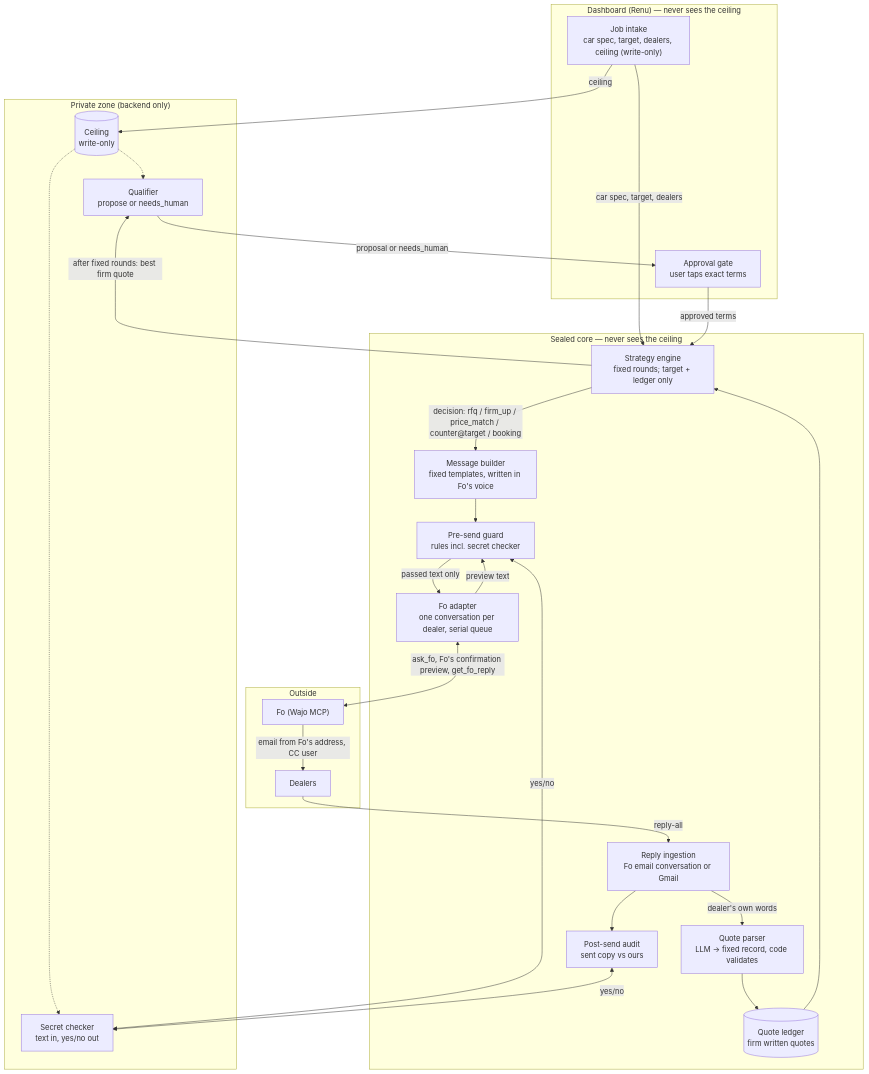
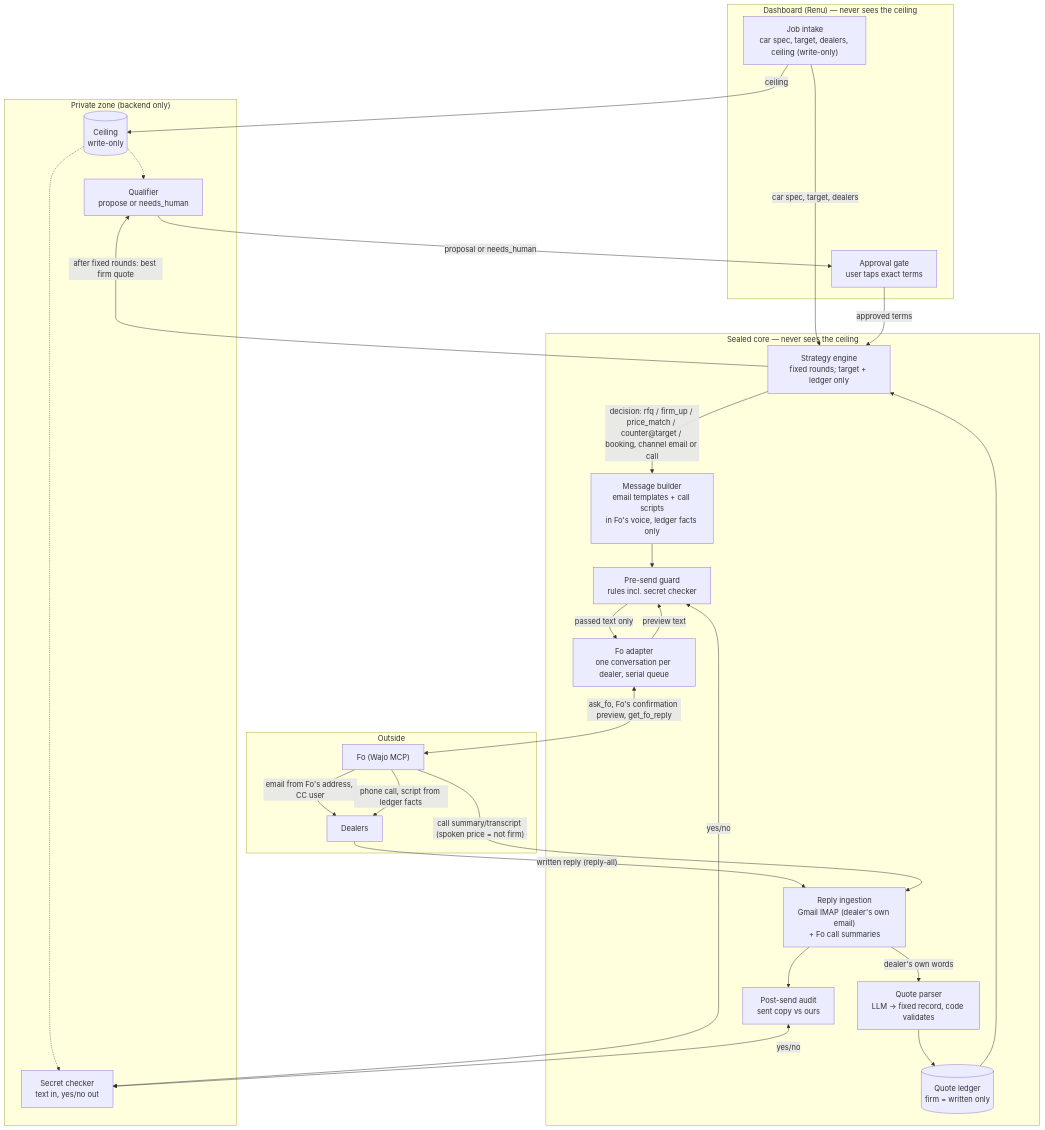
One commit to HetPatel1978/Sealed_GSD changed the first of 2 diagrams in docs/architecture.md. Above: the diagram before and after it, drawn with Mermaid. The commit also changed other lines of this file and 11 other files, not shown here.

````diff
--- a/docs/architecture.md
+++ b/docs/architecture.md
@@ -21,50 +23,52 @@
 ```mermaid
 flowchart TB
     subgraph UI["Dashboard (Renu) — never sees the ceiling"]
         INTAKE["Job intake<br/>car spec, target, dealers, ceiling (write-only)"]
         APPROVE["Approval gate<br/>user taps exact terms"]
     end
 
     subgraph PRIVATE["Private zone (backend only)"]
         VAULT[("Ceiling<br/>write-only")]
         QUAL["Qualifier<br/>propose or needs_human"]
         SECRET["Secret checker<br/>text in, yes/no out"]
     end
 
     subgraph CORE["Sealed core — never sees the ceiling"]
         STRAT["Strategy engine<br/>fixed rounds; target + ledger only"]
-        BUILD["Message builder<br/>fixed templates, written in Fo's voice"]
+        BUILD["Message builder<br/>email templates + call scripts<br/>in Fo's voice, ledger facts only"]
         GUARD["Pre-send guard<br/>rules incl. secret checker"]
         FOAD["Fo adapter<br/>one conversation per dealer, serial queue"]
-        INGEST["Reply ingestion<br/>Fo email conversation or Gmail"]
+        INGEST["Reply ingestion<br/>Gmail IMAP (dealer's own email)<br/>+ Fo call summaries"]
         PARSE["Quote parser<br/>LLM → fixed record, code validates"]
-        LEDGER[("Quote ledger<br/>firm written quotes")]
+        LEDGER[("Quote ledger<br/>firm = written only")]
         AUDIT["Post-send audit<br/>sent copy vs ours"]
     end
 
     subgraph EXT["Outside"]
         FO["Fo (Wajo MCP)"]
         DEALERS["Dealers"]
     end
 
     INTAKE -->|ceiling| VAULT
     INTAKE -->|"car spec, target, dealers"| STRAT
-    STRAT -->|"decision: rfq / firm_up / price_match / counter@target / booking"| BUILD
+    STRAT -->|"decision: rfq / firm_up / price_match / counter@target / booking, channel email or call"| BUILD
     BUILD --> GUARD
     GUARD <-->|"yes/no"| SECRET
     VAULT -.-> SECRET
     GUARD -->|passed text only| FOAD
     FOAD <-->|"ask_fo, Fo's confirmation preview, get_fo_reply"| FO
     FOAD -->|"preview text"| GUARD
     FO -->|"email from Fo's address, CC user"| DEALERS
-    DEALERS -->|"reply-all"| INGEST
+    FO -->|"phone call, script from ledger facts"| DEALERS
+    DEALERS -->|"written reply (reply-all)"| INGEST
+    FO -->|"call summary/transcript (spoken price = not firm)"| INGEST
     INGEST --> AUDIT
     AUDIT <-->|"yes/no"| SECRET
     INGEST -->|"dealer's own words"| PARSE
     PARSE --> LEDGER
     LEDGER --> STRAT
     STRAT -->|"after fixed rounds: best firm quote"| QUAL
     VAULT -.-> QUAL
     QUAL -->|"proposal or needs_human"| APPROVE
     APPROVE -->|"approved terms"| STRAT
 ```
````
